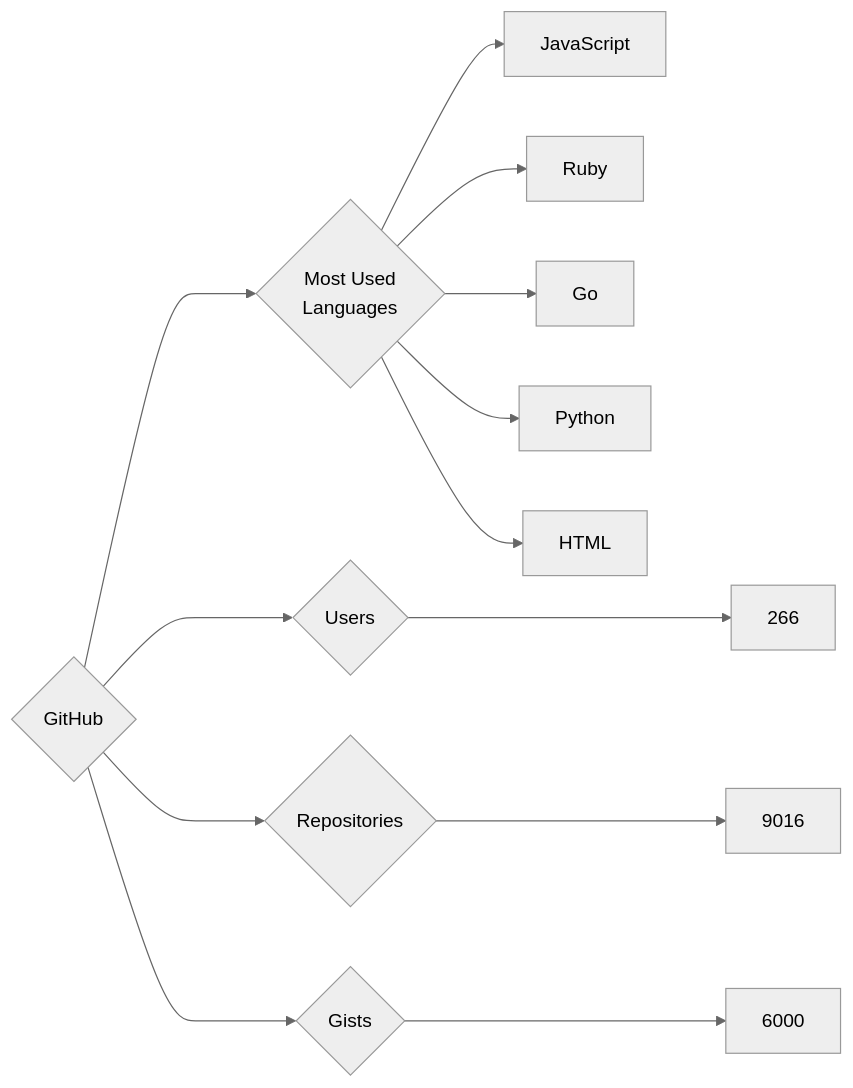
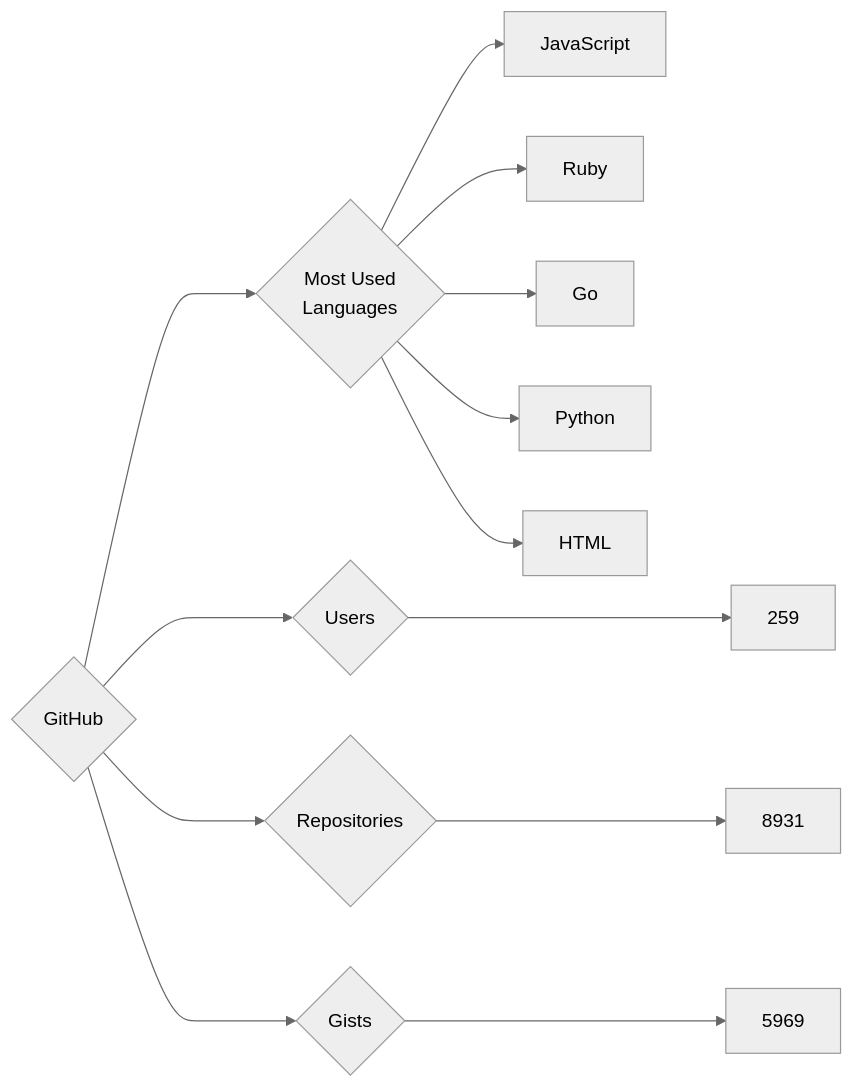
Before and after one commit to trickest/insiders: the diagram in targets/GitHub/README.md, drawn with Mermaid (neutral theme). The commit also changed 640 other files, not shown here.

````diff
--- a/targets/GitHub/README.md
+++ b/targets/GitHub/README.md
@@ -3,13 +3,13 @@
 ```mermaid
 graph LR
 COMPANY_NAME{GitHub}
-COMPANY_NAME ---> U{Users} ---> UN[266]
-COMPANY_NAME ---> R{Repositories} ---> RN[9016]
-COMPANY_NAME ---> G{Gists} ---> GN[6000]
+COMPANY_NAME ---> U{Users} ---> UN[259]
+COMPANY_NAME ---> R{Repositories} ---> RN[8931]
+COMPANY_NAME ---> G{Gists} ---> GN[5969]
 COMPANY_NAME ---> ML{Most Used<br>Languages}
 ML --> JavaScript[JavaScript]
 ML --> Ruby[Ruby]
 ML --> Go[Go]
 ML --> Python[Python]
 ML --> HTML[HTML]
 ```
````
